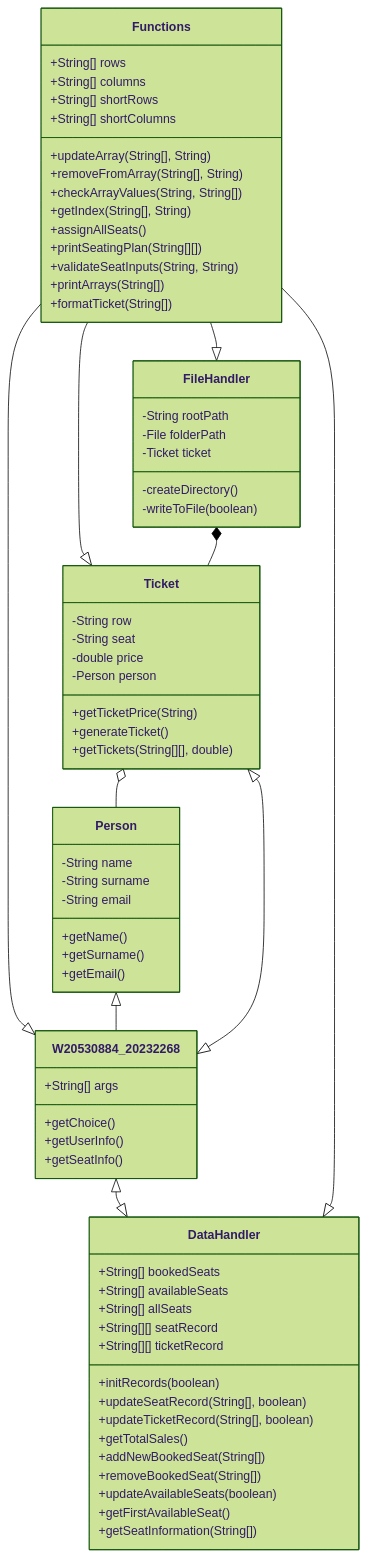
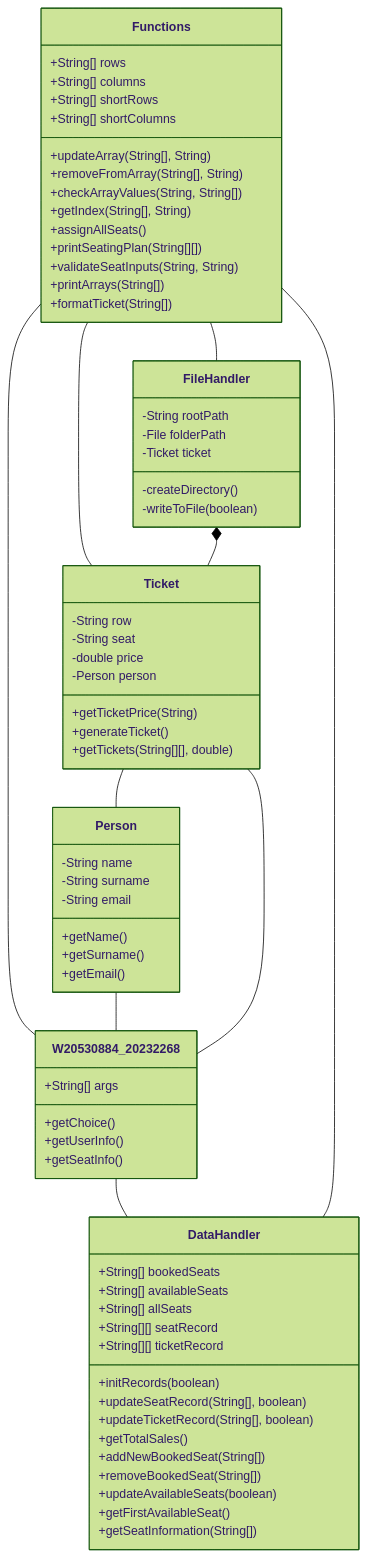
The diagram in README.md (anuja-rahul/booking-app-javaCW), drawn with Mermaid (forest theme) before and after one commit. The commit also changed other lines of this file, not shown here.

Commit message:
changes to class diagram

````diff
--- a/README.md
+++ b/README.md
@@ -37,81 +28,84 @@
 ```mermaid
 
 classDiagram
-  W20530884_20232268 <|--|> DataHandler
+  W20530884_20232268 -- DataHandler
+  Functions -- W20530884_20232268
+  Functions -- DataHandler
+  Functions -- Ticket
+  Functions -- FileHandler
 
-  Functions --|> W20530884_20232268
-  Functions --|> DataHandler
-  Functions --|> Ticket
-  Functions --|> FileHandler
-
-  Person <|-- W20530884_20232268
-  Ticket <|--|> W20530884_20232268
-  Ticket o-- Person
+  Person -- W20530884_20232268
+  Ticket -- W20530884_20232268
+  Ticket -- Person
   FileHandler *-- Ticket
 
-  W20530884_20232268 : +String[] args
-  W20530884_20232268: +getChoice()
-  W20530884_20232268: +getUserInfo()
-  W20530884_20232268: +getSeatInfo()
-  class DataHandler{
+  class W20530884_20232268 {
+    +String[] args
+    +getChoice()
+    +getUserInfo()
+    +getSeatInfo()
+  }
+
+  class DataHandler {
     +String[] bookedSeats
     +String[] availableSeats
     +String[] allSeats
     +String[][] seatRecord
     +String[][] ticketRecord
     +initRecords(boolean)
     +updateSeatRecord(String[], boolean)
     +updateTicketRecord(String[], boolean)
     +getTotalSales()
     +addNewBookedSeat(String[])
     +removeBookedSeat(String[])
     +updateAvailableSeats(boolean)
     +getFirstAvailableSeat()
     +getSeatInformation(String[])
   }
 
-  class FileHandler{
+  class FileHandler {
     -String rootPath
     -File folderPath
     -Ticket ticket
     -createDirectory()
     -writeToFile(boolean)
   }
 
-  class Ticket{
+  class Ticket {
     -String row
     -String seat
     -double price
     -Person person
     +getTicketPrice(String)
     +generateTicket()
     +getTickets(String[][], double)
   }
 
-  class Person{
+  class Person {
     -String name
     -String surname
     -String email
     +getName()
     +getSurname()
     +getEmail()
   }
 
-  class Functions{
+  class Functions {
     +String[] rows
     +String[] columns
     +String[] shortRows
     +String[] shortColumns
     +updateArray(String[], String)
     +removeFromArray(String[], String)
     +checkArrayValues(String, String[])
     +getIndex(String[], String)
     +assignAllSeats()
     +printSeatingPlan(String[][])
     +validateSeatInputs(String, String)
     +printArrays(String[])
     +formatTicket(String[])
   }
+
   
 
 ```
````
